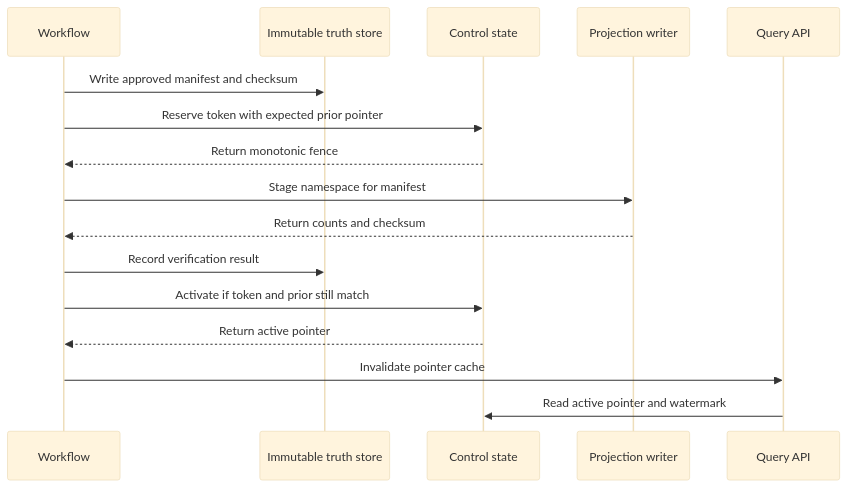
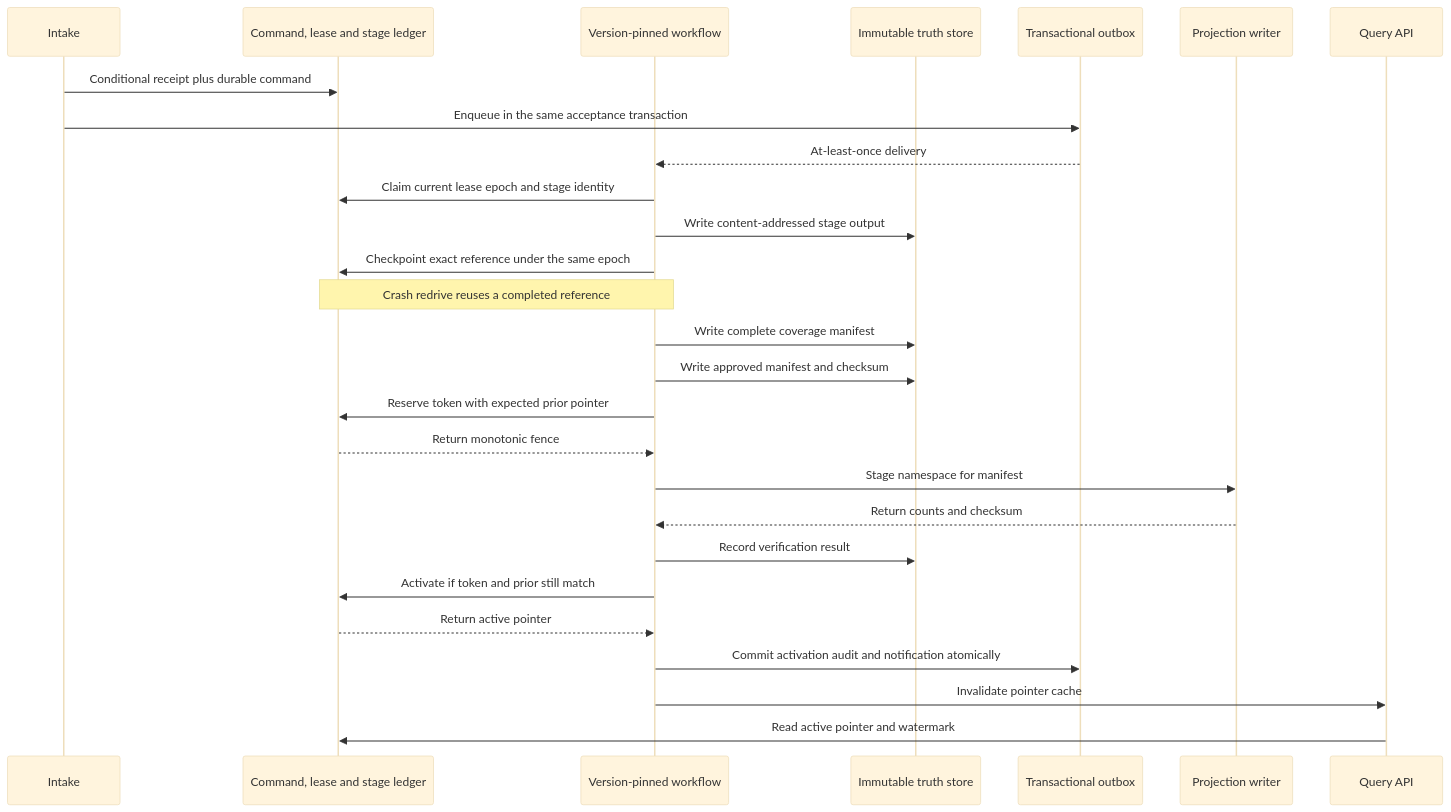
Before and after one commit to Kart-rc/lineage-collection: the fifth of 6 diagrams in docs/plans/2026-08-05-lineage-collection-architecture-refactor-design.md, drawn with Mermaid (base theme). The commit also changed other lines of this file and 4 other files, not shown here.

````diff
--- a/docs/plans/2026-08-05-lineage-collection-architecture-refactor-design.md
+++ b/docs/plans/2026-08-05-lineage-collection-architecture-refactor-design.md
@@ -396,19 +492,30 @@
 ```mermaid
 sequenceDiagram
-    participant W as Workflow
+    participant I as Intake
+    participant C as Command, lease and stage ledger
+    participant W as Version-pinned workflow
     participant T as Immutable truth store
-    participant C as Control state
+    participant O as Transactional outbox
     participant P as Projection writer
     participant Q as Query API
 
+    I->>C: Conditional receipt plus durable command
+    I->>O: Enqueue in the same acceptance transaction
+    O-->>W: At-least-once delivery
+    W->>C: Claim current lease epoch and stage identity
+    W->>T: Write content-addressed stage output
+    W->>C: Checkpoint exact reference under the same epoch
+    Note over W,C: Crash redrive reuses a completed reference
+    W->>T: Write complete coverage manifest
     W->>T: Write approved manifest and checksum
     W->>C: Reserve token with expected prior pointer
     C-->>W: Return monotonic fence
     W->>P: Stage namespace for manifest
     P-->>W: Return counts and checksum
     W->>T: Record verification result
     W->>C: Activate if token and prior still match
     C-->>W: Return active pointer
+    W->>O: Commit activation audit and notification atomically
     W->>Q: Invalidate pointer cache
     Q->>C: Read active pointer and watermark
 ```
````
